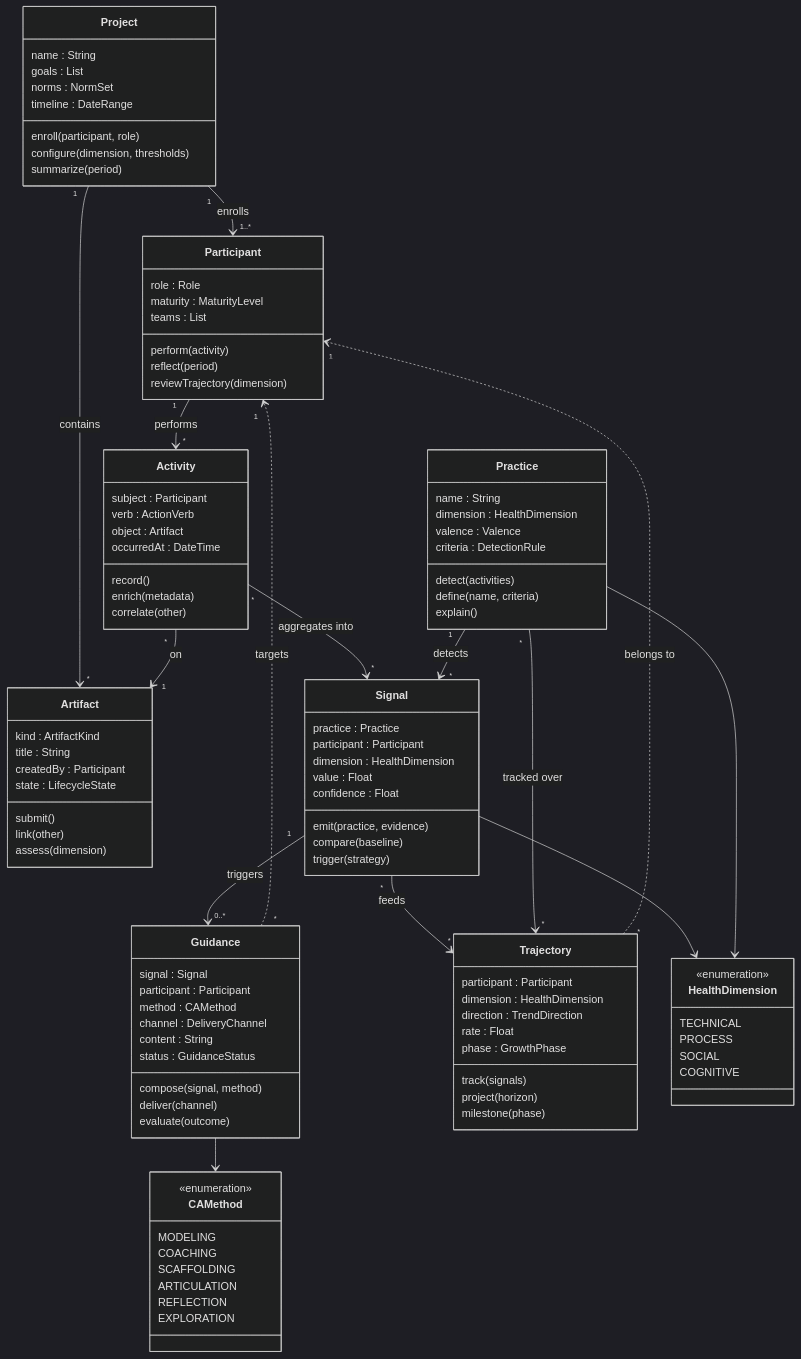
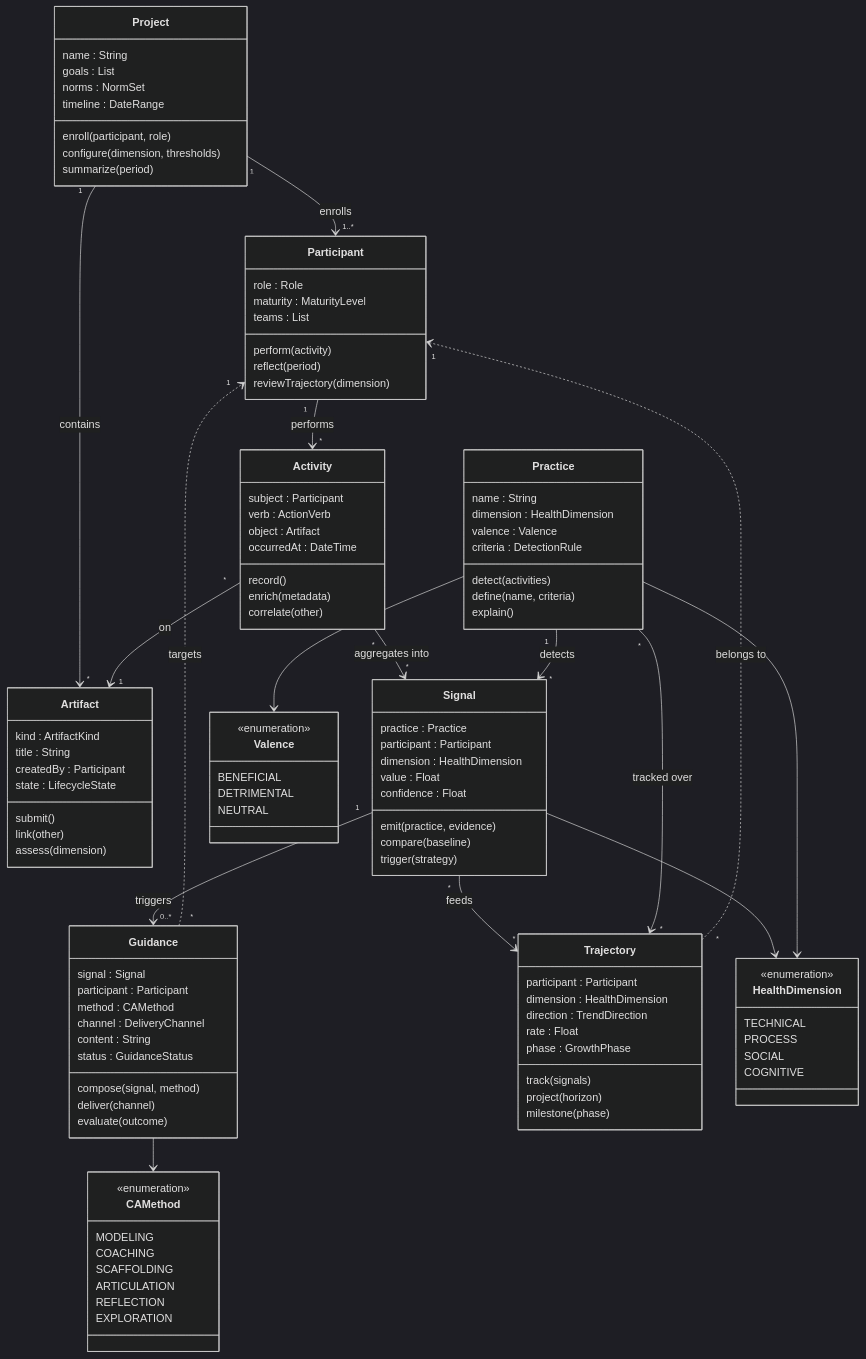
One commit to ls1intum/Hephaestus changed the first of 2 diagrams in docs/contributor/conceptual-model.mdx. Above: the diagram before and after it, drawn with Mermaid (dark theme). The commit also changed other lines of this file and 3 other files, not shown here.

````diff
--- a/docs/contributor/conceptual-model.mdx
+++ b/docs/contributor/conceptual-model.mdx
@@ -108,6 +108,13 @@
         COGNITIVE
     }
 
+    class Valence {
+        <<enumeration>>
+        BENEFICIAL
+        DETRIMENTAL
+        NEUTRAL
+    }
+
     class CAMethod {
         <<enumeration>>
         MODELING
@@ -131,5 +138,6 @@
     Trajectory "*" ..> "1" Participant : belongs to
     Signal --> HealthDimension
     Practice --> HealthDimension
+    Practice --> Valence
     Guidance --> CAMethod
 ```
````
